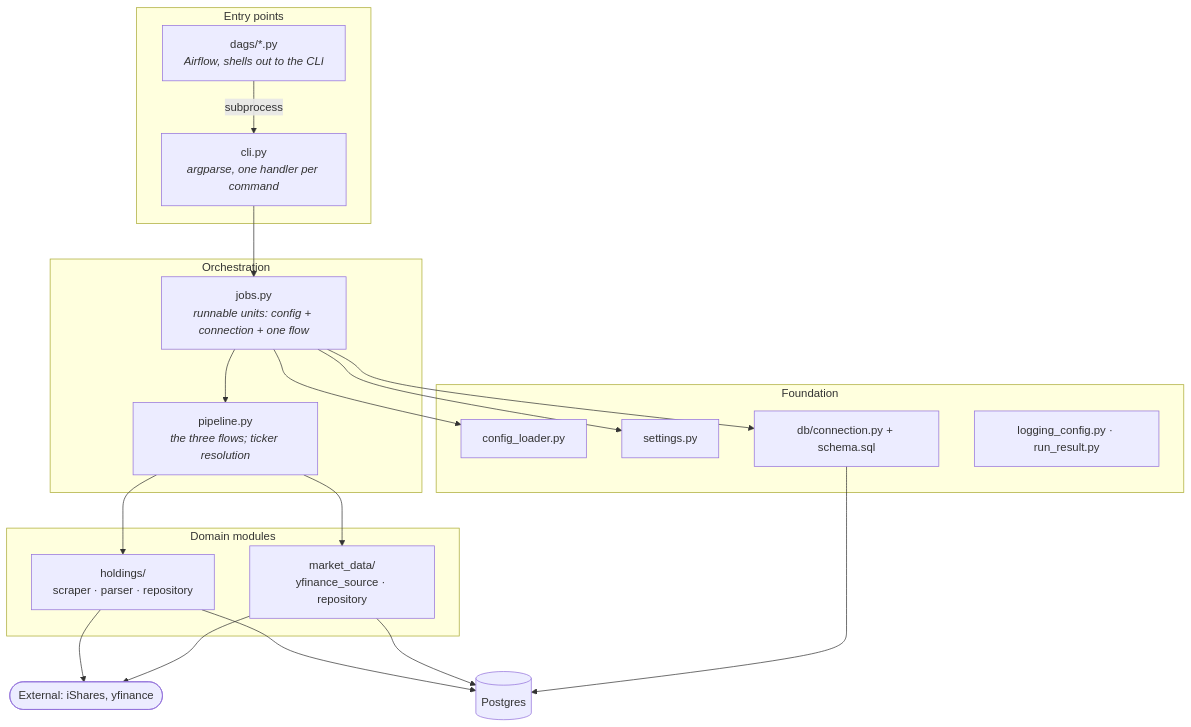
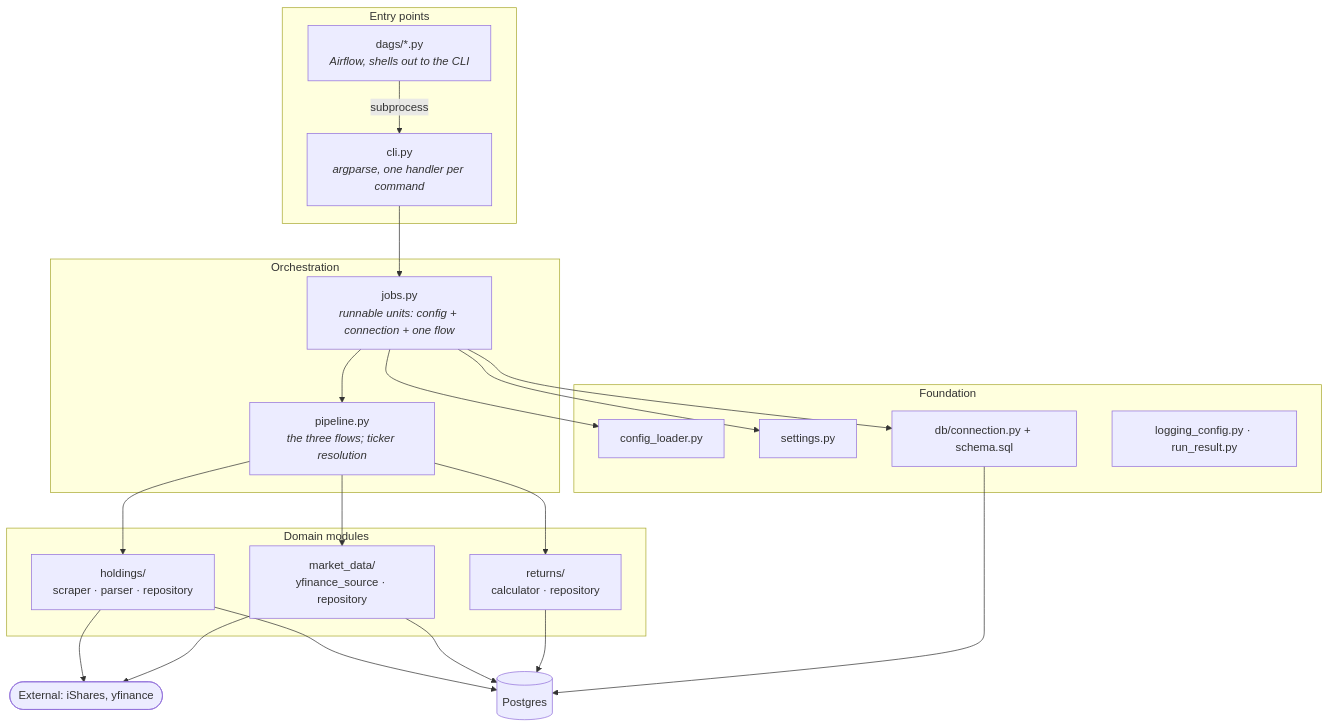
The first of 3 diagrams in services/data-store/docs/architecture.md (jpedropereira/Stakehold), drawn with Mermaid before and after one commit. The commit also changed other lines of this file and 19 other files, not shown here.

````diff
--- a/services/data-store/docs/architecture.md
+++ b/services/data-store/docs/architecture.md
@@ -25,41 +33,44 @@
 ```mermaid
 flowchart TD
     subgraph entry["Entry points"]
         CLI["cli.py<br/><i>argparse, one handler per command</i>"]
         DAGS["dags/*.py<br/><i>Airflow, shells out to the CLI</i>"]
     end
 
     subgraph orch["Orchestration"]
         JOBS["jobs.py<br/><i>runnable units: config + connection + one flow</i>"]
         PIPE["pipeline.py<br/><i>the three flows; ticker resolution</i>"]
     end
 
     subgraph domain["Domain modules"]
         HOLD["holdings/<br/>scraper · parser · repository"]
         MKT["market_data/<br/>yfinance_source · repository"]
+        RET["returns/<br/>calculator · repository"]
     end
 
     subgraph found["Foundation"]
         CONF["config_loader.py"]
         SET["settings.py"]
         DB["db/connection.py + schema.sql"]
         LOG["logging_config.py · run_result.py"]
     end
 
     PG[("Postgres")]
     EXT(["External: iShares, yfinance"])
 
     DAGS -->|subprocess| CLI
     CLI --> JOBS
     JOBS --> PIPE
     JOBS --> CONF
     JOBS --> SET
     JOBS --> DB
     PIPE --> HOLD
     PIPE --> MKT
+    PIPE --> RET
     HOLD --> EXT
     MKT --> EXT
     HOLD --> PG
     MKT --> PG
+    RET --> PG
     DB --> PG
 ```
````
